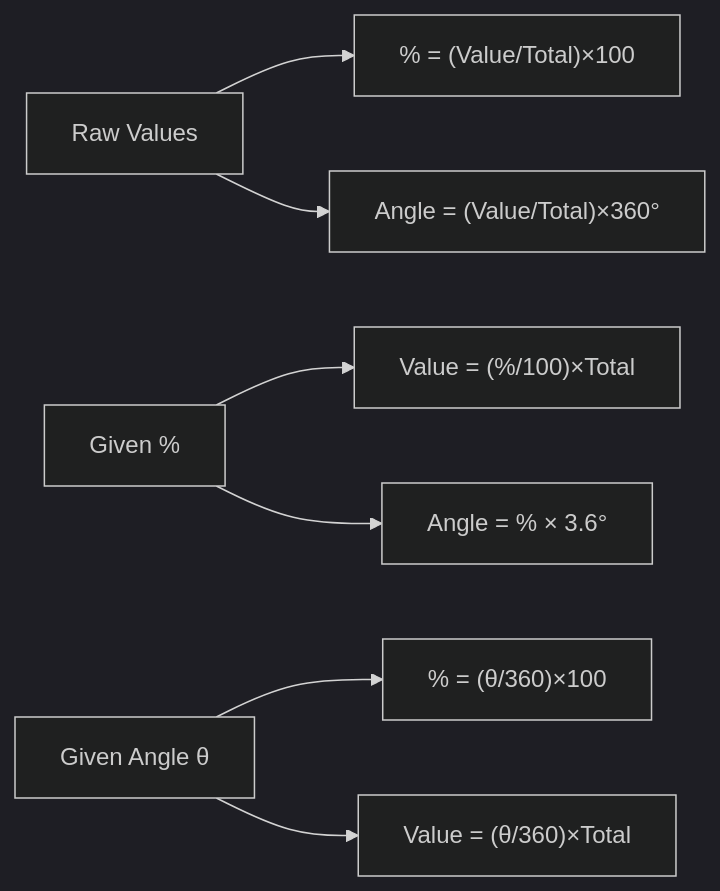
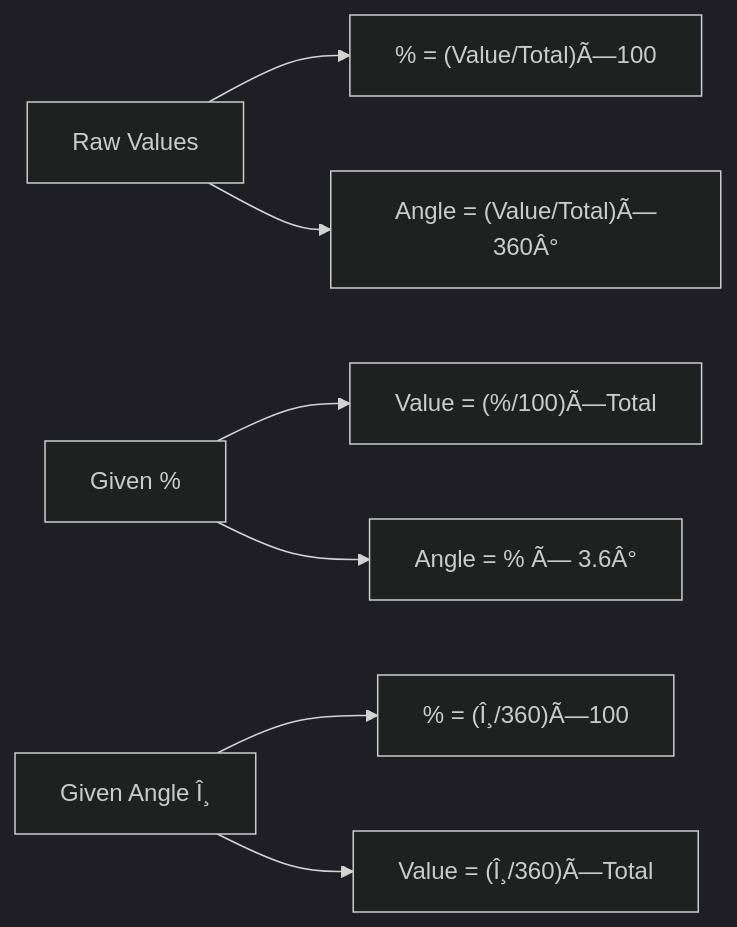
Before and after one commit to Raushan666java/ai-engineering-journey: the sixth of 7 diagrams in docs/courses/quantitative-aptitude/03-data-interpretation.md, drawn with Mermaid (dark theme). The commit also changed other lines of this file and 735 other files, not shown here.

````diff
--- a/docs/courses/quantitative-aptitude/03-data-interpretation.md
+++ b/docs/courses/quantitative-aptitude/03-data-interpretation.md
@@ -1074,9 +1074,9 @@
 ```mermaid
 flowchart LR
-    A["Raw Values"] --> B["% = (Value/Total)×100"]
-    A --> C["Angle = (Value/Total)×360°"]
-    D["Given %"] --> E["Value = (%/100)×Total"]
-    D --> F["Angle = % × 3.6°"]
-    G["Given Angle θ"] --> H["% = (θ/360)×100"]
-    G --> I["Value = (θ/360)×Total"]
+    A["Raw Values"] --> B["% = (Value/Total)Ã—100"]
+    A --> C["Angle = (Value/Total)Ã—360Â°"]
+    D["Given %"] --> E["Value = (%/100)Ã—Total"]
+    D --> F["Angle = % Ã— 3.6Â°"]
+    G["Given Angle Î¸"] --> H["% = (Î¸/360)Ã—100"]
+    G --> I["Value = (Î¸/360)Ã—Total"]
 ```
````
